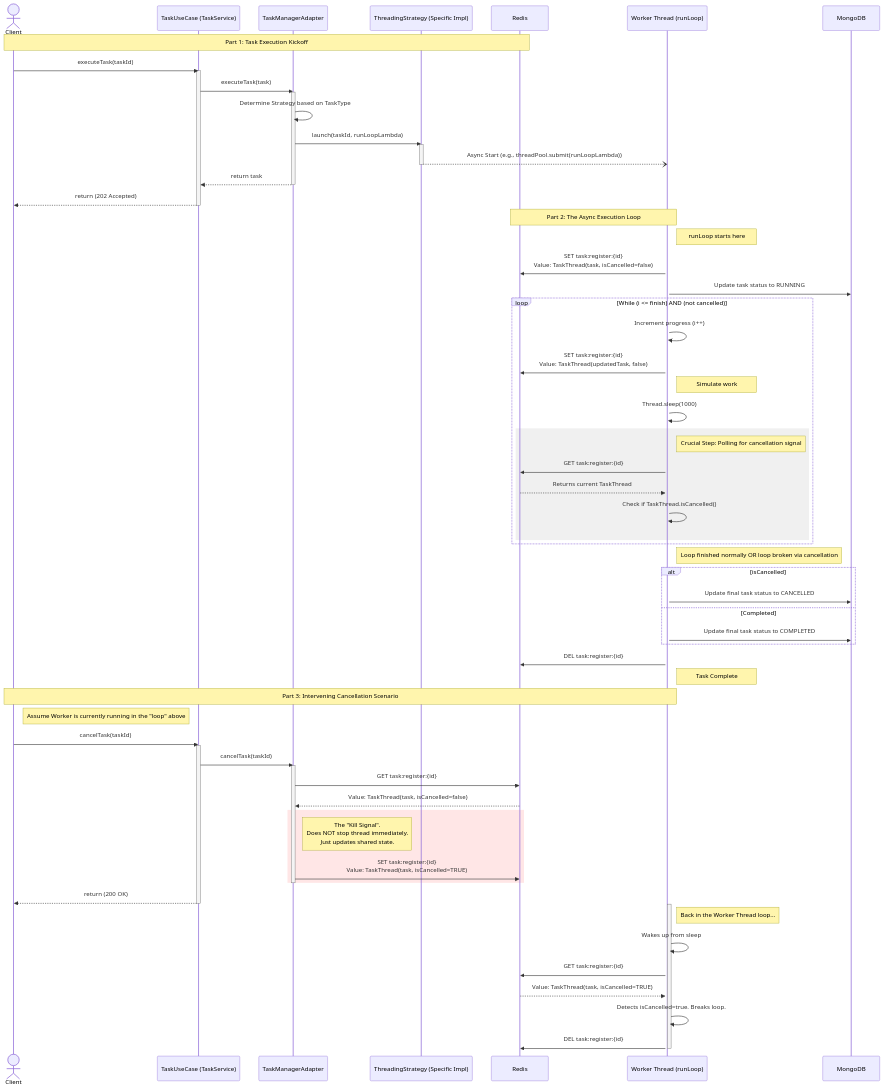
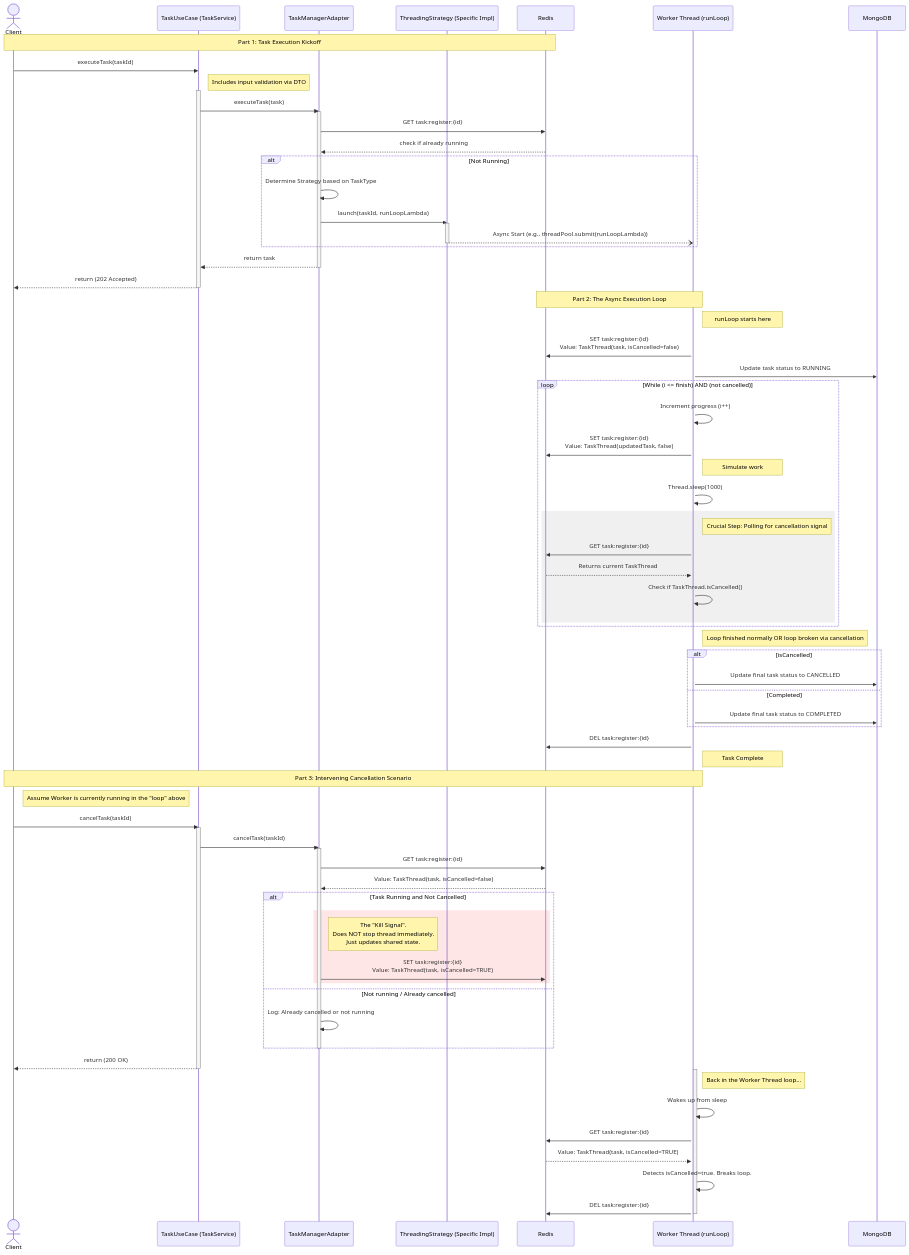
One commit to garrido-mosqueira/hexagonal-architecture changed the diagram in docs/mermaid-diagram.mmd. Above: the diagram before and after it, drawn with Mermaid. The commit also changed 3 other files, not shown here.

Commit message:
Update README and sequence diagrams to fix typos and improve clarity on task execution flow

```diff
--- a/docs/mermaid-diagram.mmd
+++ b/docs/mermaid-diagram.mmd
@@ -1,82 +1,91 @@
 sequenceDiagram
     actor Client
     participant UC as TaskUseCase (TaskService)
     participant TM as TaskManagerAdapter
     participant TS as ThreadingStrategy (Specific Impl)
     participant Redis
     participant Worker as Worker Thread (runLoop)
     participant DB as MongoDB
 
     note over Client, Redis: Part 1: Task Execution Kickoff
 
     Client->>UC: executeTask(taskId)
+    note right of UC: Includes input validation via DTO
     activate UC
     UC->>TM: executeTask(task)
     activate TM
-    TM->>TM: Determine Strategy based on TaskType
-    TM->>TS: launch(taskId, runLoopLambda)
-    activate TS
-    TS--)Worker: Async Start (e.g., threadPool.submit(runLoopLambda))
-    deactivate TS
+    TM->>Redis: GET task:register:{id}
+    Redis-->>TM: check if already running
+    alt Not Running
+        TM->>TM: Determine Strategy based on TaskType
+        TM->>TS: launch(taskId, runLoopLambda)
+        activate TS
+        TS--)Worker: Async Start (e.g., threadPool.submit(runLoopLambda))
+        deactivate TS
+    end
     TM-->>UC: return task
     deactivate TM
     UC-->>Client: return (202 Accepted)
     deactivate UC
 
     note over Redis, Worker: Part 2: The Async Execution Loop
 
     activate Worker
     note right of Worker: runLoop starts here
     Worker->>Redis: SET task:register:{id} <br/>Value: TaskThread(task, isCancelled=false)
     Worker->>DB: Update task status to RUNNING
     
     loop While (i <= finish) AND (not cancelled)
         Worker->>Worker: Increment progress (i++)
         Worker->>Redis: SET task:register:{id} <br/>Value: TaskThread(updatedTask, false)
         note right of Worker: Simulate work
         Worker->>Worker: Thread.sleep(1000)
 
         rect rgb(240, 240, 240)
             note right of Worker: Crucial Step: Polling for cancellation signal
             Worker->>Redis: GET task:register:{id}
             Redis-->>Worker: Returns current TaskThread
             Worker->>Worker: Check if TaskThread.isCancelled()
         end
     end
 
     note right of Worker: Loop finished normally OR loop broken via cancellation
     alt isCancelled
         Worker->>DB: Update final task status to CANCELLED
     else Completed
         Worker->>DB: Update final task status to COMPLETED
     end
     Worker->>Redis: DEL task:register:{id}
     note right of Worker: Task Complete
 
 
     note over Client, Worker: Part 3: Intervening Cancellation Scenario
 
     note right of Client: Assume Worker is currently running in the "loop" above
     Client->>UC: cancelTask(taskId)
     activate UC
     UC->>TM: cancelTask(taskId)
     activate TM
     TM->>Redis: GET task:register:{id}
     Redis-->>TM: Value: TaskThread(task, isCancelled=false)
     
-    rect rgb(255, 230, 230)
-        note right of TM: The "Kill Signal". <br/>Does NOT stop thread immediately.<br/>Just updates shared state.
-        TM->>Redis: SET task:register:{id} <br/>Value: TaskThread(task, isCancelled=TRUE)
+    alt Task Running and Not Cancelled
+        rect rgb(255, 230, 230)
+            note right of TM: The "Kill Signal". <br/>Does NOT stop thread immediately.<br/>Just updates shared state.
+            TM->>Redis: SET task:register:{id} <br/>Value: TaskThread(task, isCancelled=TRUE)
+        end
+    else Not running / Already cancelled
+        TM->>TM: Log: Already cancelled or not running
     end
     deactivate TM
     UC-->>Client: return (200 OK)
     deactivate UC
 
     activate Worker
     note right of Worker: Back in the Worker Thread loop...
     Worker->>Worker: Wakes up from sleep
     Worker->>Redis: GET task:register:{id}
     Redis-->>Worker: Value: TaskThread(task, isCancelled=TRUE)
     Worker->>Worker: Detects isCancelled=true. Breaks loop.
     Worker->>Redis: DEL task:register:{id}
     deactivate Worker
```
